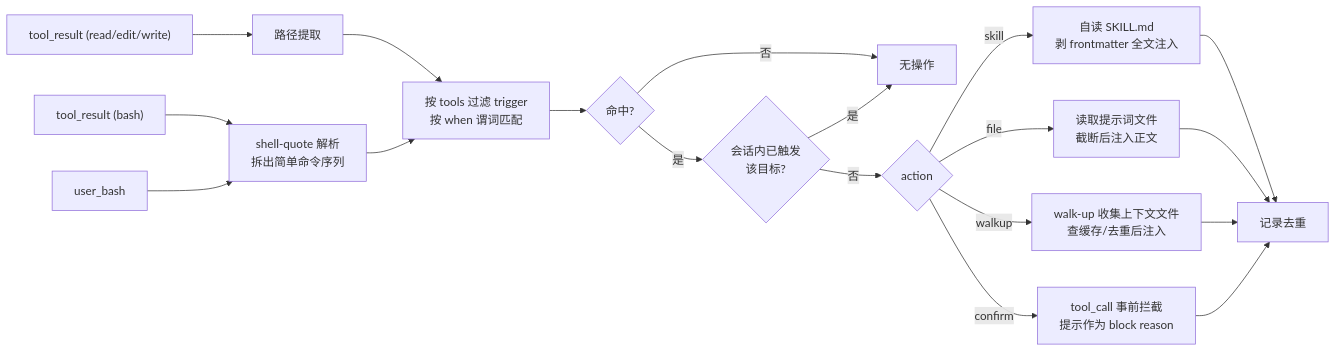
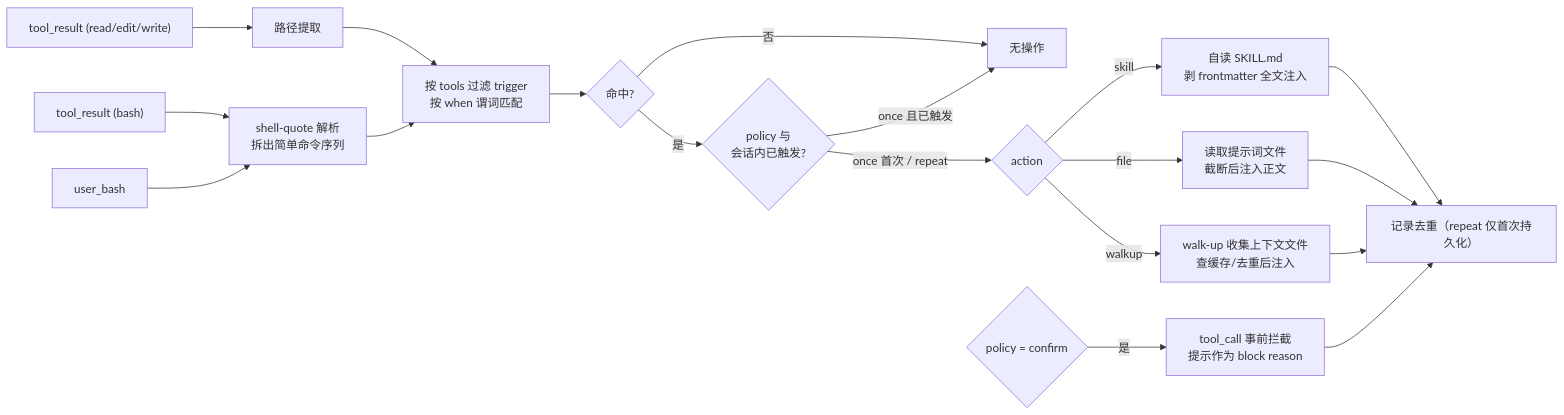
Before and after one commit to YewFence/pi-grove: the diagram in docs/pi-cues/design.md, drawn with Mermaid. The commit also changed other lines of this file and 14 other files, not shown here.

````diff
--- a/docs/pi-cues/design.md
+++ b/docs/pi-cues/design.md
@@ -39,21 +39,22 @@
 ```mermaid
 flowchart LR
     A["tool_result (bash)"] --> B["shell-quote 解析\n拆出简单命令序列"]
     A2["user_bash"] --> B
     A3["tool_result (read/edit/write)"] --> B2["路径提取"]
     B2 --> C
     B --> C["按 tools 过滤 trigger\n按 when 谓词匹配"]
     C --> D{"命中?"}
     D -- 否 --> X[无操作]
-    D -- 是 --> E{"会话内已触发\n该目标?"}
-    E -- 是 --> X
-    E -- 否 --> F{"action"}
+    D -- 是 --> E{"policy 与
+会话内已触发?"}
+    E -- "once 且已触发" --> X
+    E -- "once 首次 / repeat" --> F{"action"}
     F -- skill --> G["自读 SKILL.md\n剥 frontmatter 全文注入"]
     F -- file --> H["读取提示词文件\n截断后注入正文"]
     F -- walkup --> H2["walk-up 收集上下文文件\n查缓存/去重后注入"]
-    G --> I["记录去重"]
+    G --> I["记录去重（repeat 仅首次持久化）"]
     H --> I
     H2 --> I
-    F -- confirm --> F2["tool_call 事前拦截\n提示作为 block reason"]
+    P{"policy = confirm"} -- 是 --> F2["tool_call 事前拦截\n提示作为 block reason"]
     F2 --> I
 ```
````
